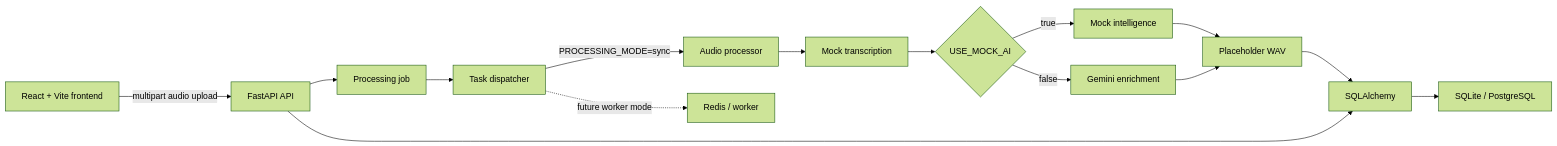
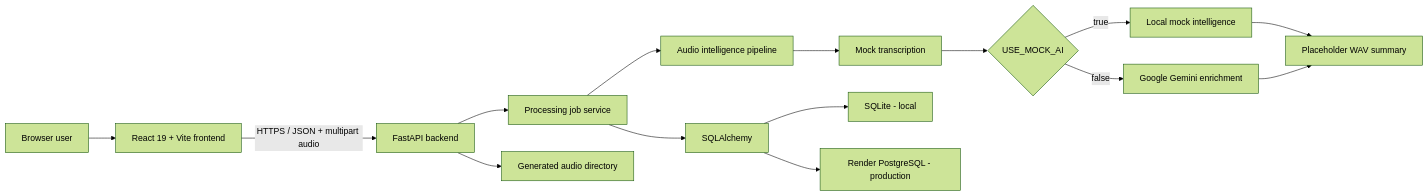
The first of 2 diagrams in README.md (ayushxt25/Whisper), drawn with Mermaid (forest theme) before and after one commit. The commit also changed other lines of this file and 6 other files, not shown here.

````diff
--- a/README.md
+++ b/README.md
@@ -41,17 +58,17 @@
 ```mermaid
 flowchart LR
-    UI["React + Vite frontend"] -->|"multipart audio upload"| API["FastAPI API"]
-    API --> JOB["Processing job"]
-    JOB --> DISPATCH["Task dispatcher"]
-    DISPATCH -->|"PROCESSING_MODE=sync"| PROCESSOR["Audio processor"]
-    DISPATCH -.->|"future worker mode"| REDIS["Redis / worker"]
-    PROCESSOR --> TRANSCRIPT["Mock transcription"]
-    TRANSCRIPT --> MODE{"USE_MOCK_AI"}
-    MODE -->|"true"| MOCK["Mock intelligence"]
-    MODE -->|"false"| GEMINI["Gemini enrichment"]
-    MOCK --> AUDIO["Placeholder WAV"]
-    GEMINI --> AUDIO
-    AUDIO --> ORM["SQLAlchemy"]
-    ORM --> DB["SQLite / PostgreSQL"]
-    API --> ORM
+    Client["Browser user"] --> Frontend["React 19 + Vite frontend"]
+    Frontend -->|"HTTPS / JSON + multipart audio"| API["FastAPI backend"]
+    API --> Jobs["Processing job service"]
+    Jobs --> Pipeline["Audio intelligence pipeline"]
+    Pipeline --> Transcript["Mock transcription"]
+    Transcript --> Mode{"USE_MOCK_AI"}
+    Mode -->|"true"| Mock["Local mock intelligence"]
+    Mode -->|"false"| Gemini["Google Gemini enrichment"]
+    Mock --> Audio["Placeholder WAV summary"]
+    Gemini --> Audio
+    Jobs --> ORM["SQLAlchemy"]
+    ORM --> LocalDB["SQLite - local"]
+    ORM --> ProductionDB["Render PostgreSQL - production"]
+    API --> Files["Generated audio directory"]
 ```
````
